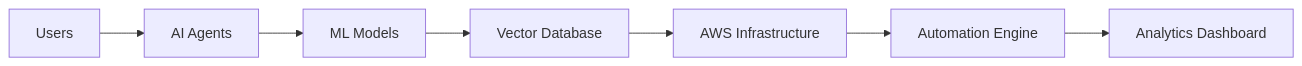
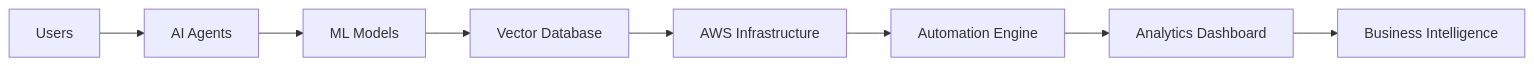
Before and after one commit to littleDataChamp/littleDataChamp: the diagram in README.md, drawn with Mermaid. The commit also changed other lines of this file, not shown here.

````diff
--- a/README.md
+++ b/README.md
@@ -118,10 +146,11 @@
 ```mermaid
 flowchart LR
 
 A[Users] --> B[AI Agents]
 B --> C[ML Models]
 C --> D[Vector Database]
 D --> E[AWS Infrastructure]
 E --> F[Automation Engine]
 F --> G[Analytics Dashboard]
+G --> H[Business Intelligence]
 ```
````
